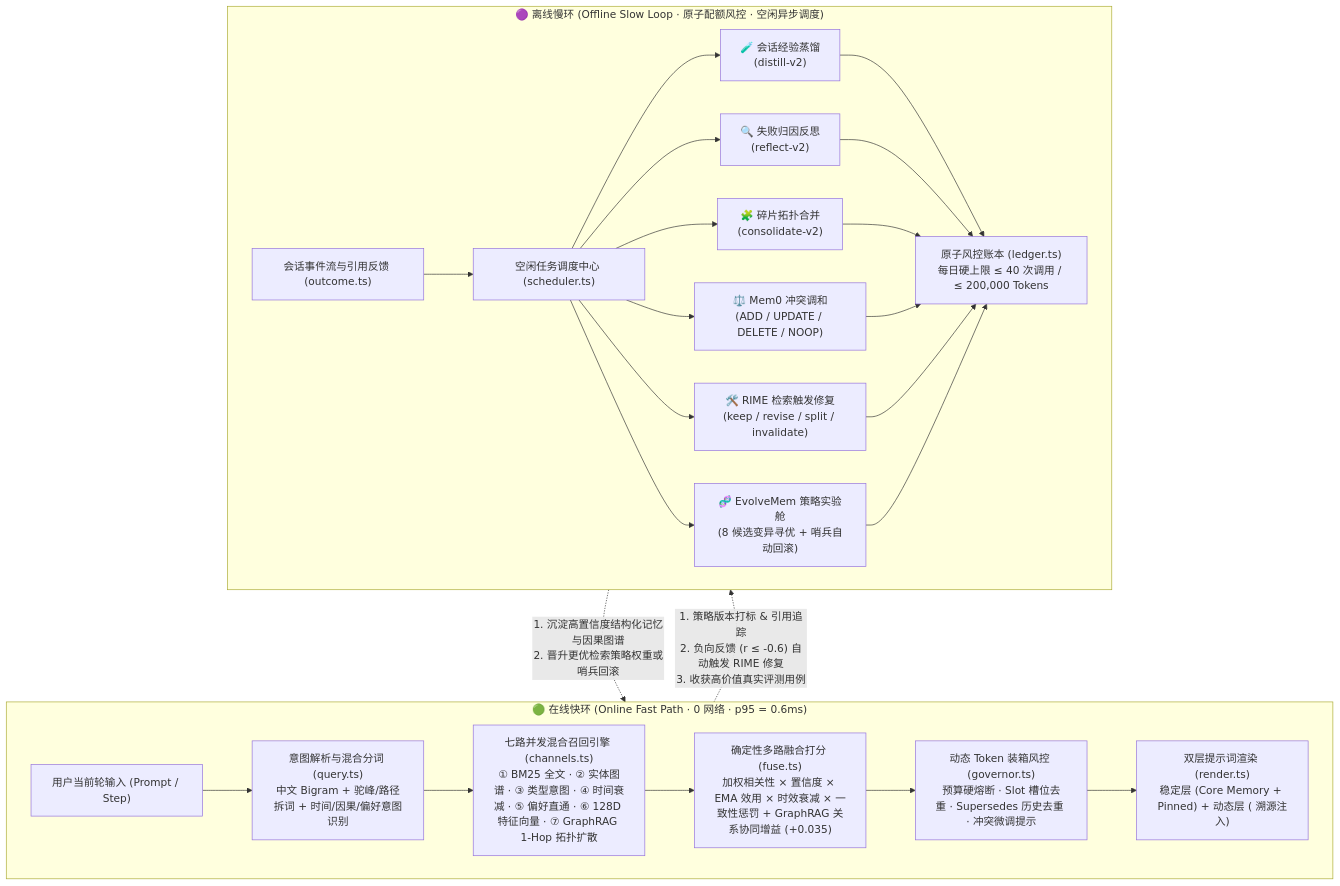
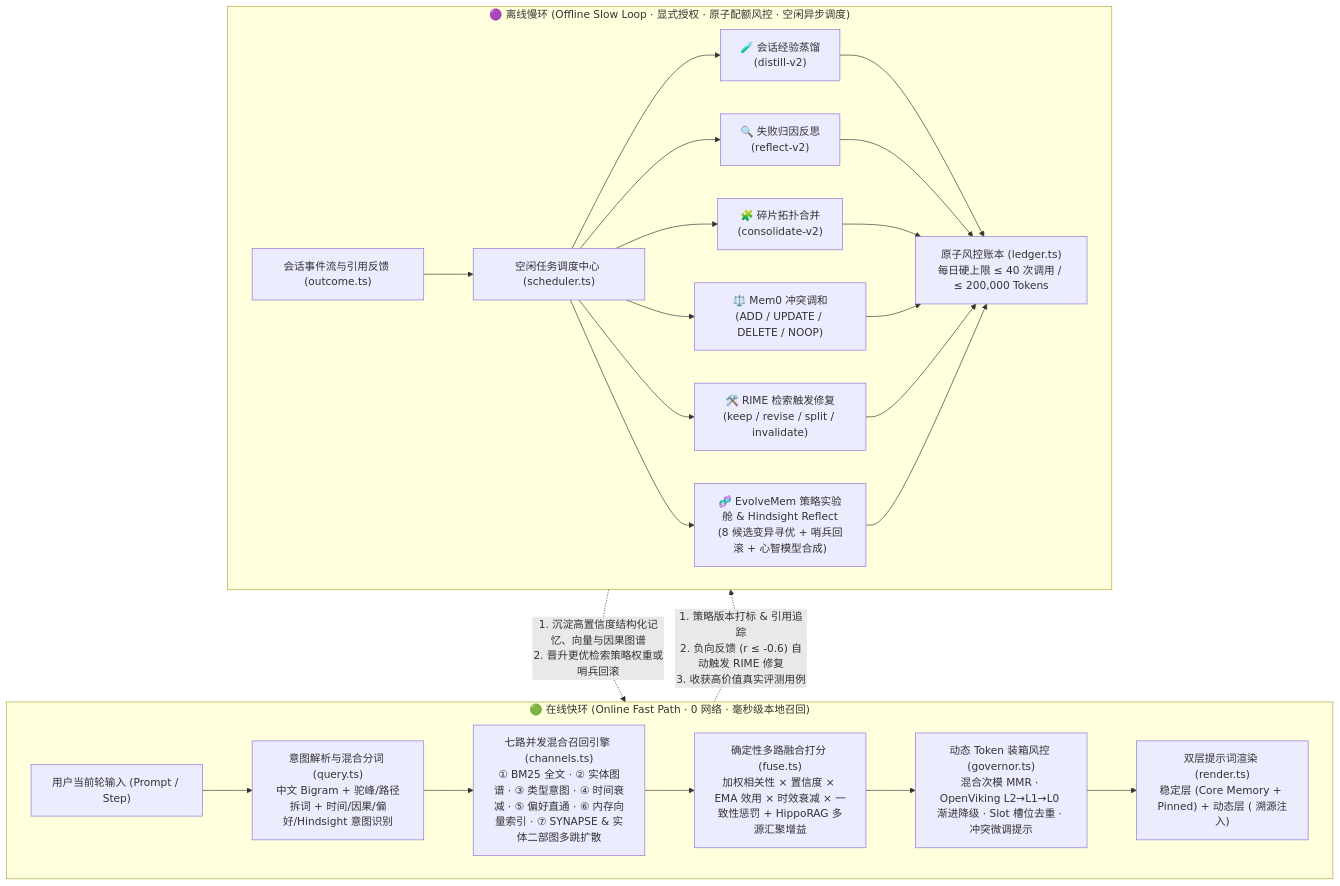
One commit to ROSESSSSS66/dsh-memory changed the diagram in README.md. Above: the diagram before and after it, drawn with Mermaid. The commit also changed other lines of this file and 194 other files, not shown here.

First line of the commit message:
feat(v0.11.0): full audit remediation, 4 lean tools, full vector matrix, Studio UI v2 & Schema v3 (#29)

````diff
--- a/README.md
+++ b/README.md
@@ -127,24 +133,24 @@
 ```mermaid
 flowchart TD
-    subgraph Online ["🟢 在线快环 (Online Fast Path · 0 网络 · p95 = 0.6ms)"]
-        A["用户当前轮输入 (Prompt / Step)"] --> B["意图解析与混合分词 (query.ts)\n中文 Bigram + 驼峰/路径拆词 + 时间/因果/偏好意图识别"]
-        B --> C["七路并发混合召回引擎 (channels.ts)\n① BM25 全文 · ② 实体图谱 · ③ 类型意图 · ④ 时间衰减 · ⑤ 偏好直通 · ⑥ 128D 特征向量 · ⑦ GraphRAG 1-Hop 拓扑扩散"]
-        C --> D["确定性多路融合打分 (fuse.ts)\n加权相关性 × 置信度 × EMA 效用 × 时效衰减 × 一致性惩罚 + GraphRAG 关系协同增益 (+0.035)"]
-        D --> E["动态 Token 装箱风控 (governor.ts)\n预算硬熔断 · Slot 槽位去重 · Supersedes 历史去重 · 冲突微调提示"]
+    subgraph Online ["🟢 在线快环 (Online Fast Path · 0 网络 · 毫秒级本地召回)"]
+        A["用户当前轮输入 (Prompt / Step)"] --> B["意图解析与混合分词 (query.ts)\n中文 Bigram + 驼峰/路径拆词 + 时间/因果/偏好/Hindsight 意图识别"]
+        B --> C["七路并发混合召回引擎 (channels.ts)\n① BM25 全文 · ② 实体图谱 · ③ 类型意图 · ④ 时间衰减 · ⑤ 偏好直通 · ⑥ 内存向量索引 · ⑦ SYNAPSE & 实体二部图多跳扩散"]
+        C --> D["确定性多路融合打分 (fuse.ts)\n加权相关性 × 置信度 × EMA 效用 × 时效衰减 × 一致性惩罚 + HippoRAG 多源汇聚增益"]
+        D --> E["动态 Token 装箱风控 (governor.ts)\n混合次模 MMR · OpenViking L2→L1→L0 渐进降级 · Slot 槽位去重 · 冲突微调提示"]
         E --> F["双层提示词渲染 (render.ts)\n稳定层 (Core Memory + Pinned) + 动态层 (<dsh_memory> 溯源注入)"]
     end
 
-    subgraph Offline ["🟣 离线慢环 (Offline Slow Loop · 原子配额风控 · 空闲异步调度)"]
+    subgraph Offline ["🟣 离线慢环 (Offline Slow Loop · 显式授权 · 原子配额风控 · 空闲异步调度)"]
         G["会话事件流与引用反馈 (outcome.ts)"] --> H["空闲任务调度中心 (scheduler.ts)"]
         H --> I["🧪 会话经验蒸馏\n(distill-v2)"]
         H --> J["🔍 失败归因反思\n(reflect-v2)"]
         H --> K["🧩 碎片拓扑合并\n(consolidate-v2)"]
         H --> L["⚖️ Mem0 冲突调和\n(ADD / UPDATE / DELETE / NOOP)"]
         H --> M["🛠️ RIME 检索触发修复\n(keep / revise / split / invalidate)"]
-        H --> N["🧬 EvolveMem 策略实验舱\n(8 候选变异寻优 + 哨兵自动回滚)"]
+        H --> N["🧬 EvolveMem 策略实验舱 & Hindsight Reflect\n(8 候选变异寻优 + 哨兵回滚 + 心智模型合成)"]
         I & J & K & L & M & N --> O["原子风控账本 (ledger.ts)\n每日硬上限 ≤ 40 次调用 / ≤ 200,000 Tokens"]
     end
 
     Online -. "1. 策略版本打标 & 引用追踪\n2. 负向反馈 (r ≤ -0.6) 自动触发 RIME 修复\n3. 收获高价值真实评测用例" .-> Offline
-    Offline -. "1. 沉淀高置信度结构化记忆与因果图谱\n2. 晋升更优检索策略权重或哨兵回滚" .-> Online
+    Offline -. "1. 沉淀高置信度结构化记忆、向量与因果图谱\n2. 晋升更优检索策略权重或哨兵回滚" .-> Online
 ```
````
